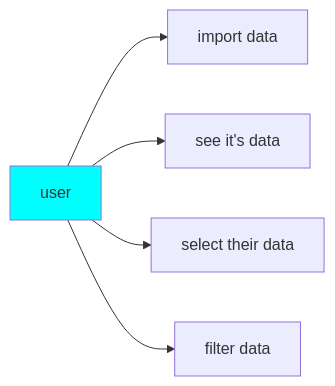
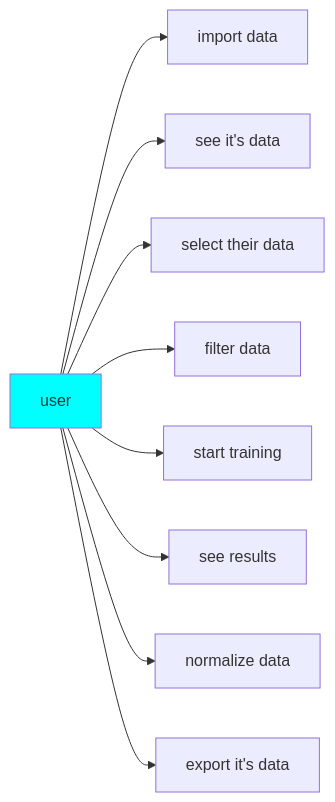
The third of 3 diagrams in Test/SubPage.md (imiiii/Wiki-For-ML-Project), drawn with Mermaid before and after one commit.

Commit message:
Updated SubPage

```diff
--- a/Test/SubPage.md
+++ b/Test/SubPage.md
@@ -26,9 +26,14 @@
 ::: mermaid
 graph LR;
 style id1 fill:#00FFFF
     id1[user]  
 id1 --> id2[import data]
 id1-->id3[see it's data]
 id1-->id4[select their data]
 id1-->id5[filter data]
+id1-->id6[start training]
+id1-->id7[see results]
+id1-->id8[normalize data]
+id1-->id9[export it's data]
+
 :::
```
